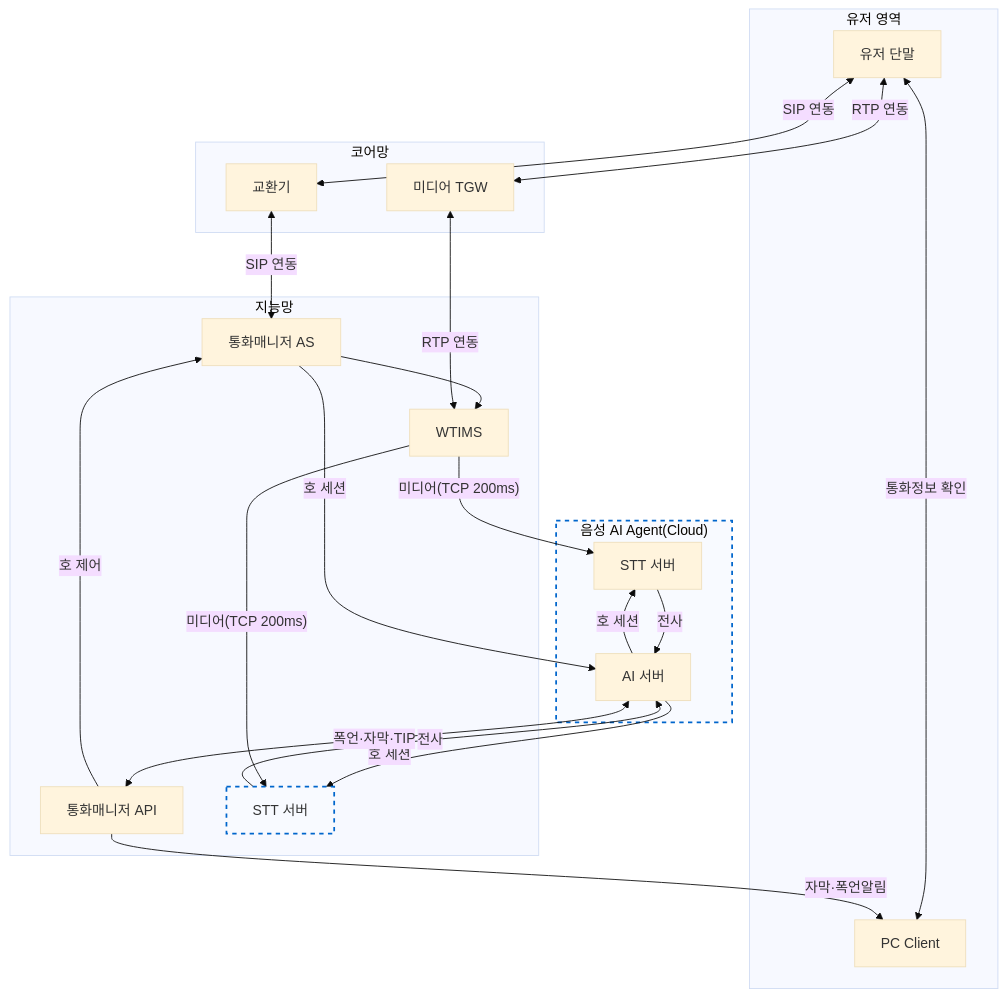
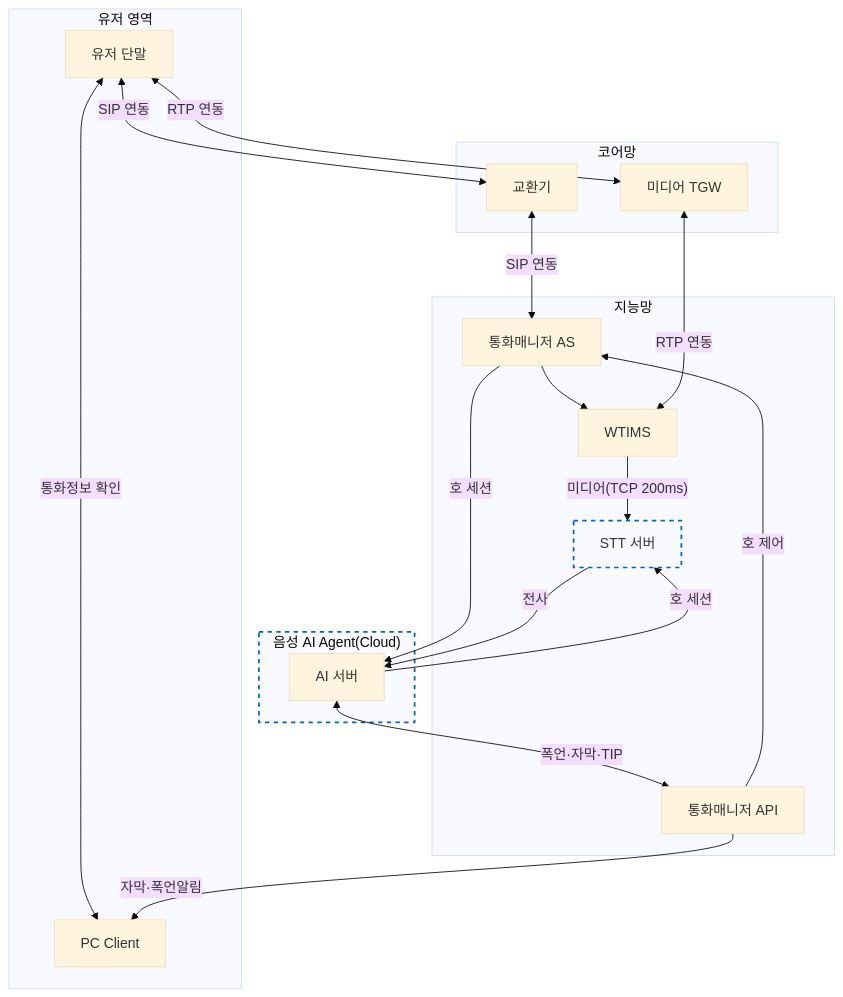
One commit to hak023/sip_pbx changed the second of 2 diagrams in docs/architecture/stt-agent-integration-options.md. Above: the diagram before and after it, drawn with Mermaid (base theme). The commit also changed other lines of this file, not shown here.

Commit message:
docs(architecture): STT와 Agent 연동 방안 다이어그램 분리

````diff
--- a/docs/architecture/stt-agent-integration-options.md
+++ b/docs/architecture/stt-agent-integration-options.md
@@ -4,51 +53,44 @@
 ```mermaid
 flowchart TB
     subgraph USER_AREA["유저 영역"]
         USER[유저 단말]
         PC[PC Client]
     end
 
     subgraph CORE_NET["코어망"]
         EX[교환기]
         TGW[미디어 TGW]
     end
 
     subgraph CORE["지능망"]
         CM[통화매니저 AS]
         WT[WTIMS]
         CM_API[통화매니저 API]
         IN_STT[STT 서버]
     end
-    %% 지능망 STT 서버는 향후 도입 예정이므로 점선으로 표시
     style IN_STT fill:#f8faff,stroke:#0066cc,stroke-width:2px,stroke-dasharray: 5 5
 
     subgraph NEW_STT["음성 AI Agent(Cloud)"]
         style NEW_STT fill:#f8faff,stroke:#0066cc,stroke-width:2px,stroke-dasharray: 5 5
         
-        STT[STT 서버]
         RT[AI 서버]
     end
 
     EX <-->|SIP 연동| CM
     CM --> WT
     USER <-->|SIP 연동| EX
     USER <-->|RTP 연동| TGW
     TGW <-->|RTP 연동| WT
     USER <-->|통화정보 확인| PC
 
-    %% 신규 연동 구간 (Cloud STT)
+    %% 연동 구간
     CM -->|호 세션| RT
-    RT -->|호 세션| STT
-    WT -->|"미디어(TCP 200ms)"| STT
-    STT -->|전사| RT
-
-    %% 신규 연동 구간 (지능망 내 STT)
     RT -->|호 세션| IN_STT
     WT -->|"미디어(TCP 200ms)"| IN_STT
     IN_STT -->|전사| RT
 
     %% AI Agent 연동
     RT <-->|폭언·자막·TIP| CM_API
     CM_API -->|호 제어| CM
     CM_API -->|자막·폭언알림| PC
 ```
````
